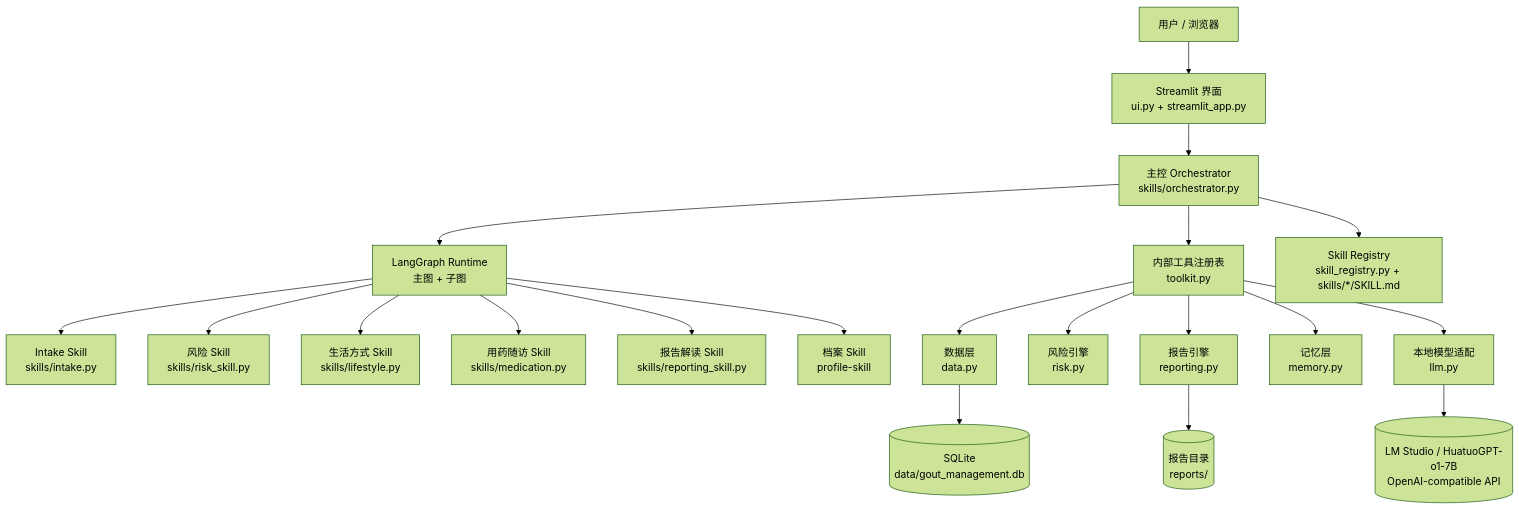
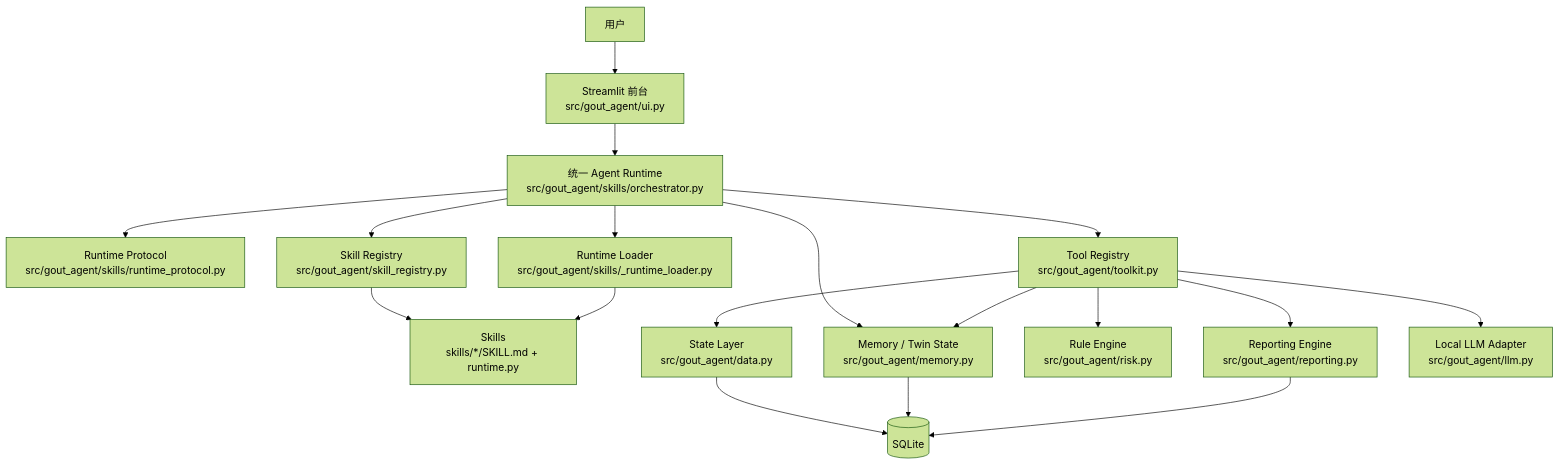
Before and after one commit to DameBr1An/gout-care-agent: the diagram in ARCHITECTURE.md, drawn with Mermaid (forest theme). The commit also changed other lines of this file and 19 other files, not shown here.

Commit message:
Refine harness runtime and architecture docs

````diff
--- a/ARCHITECTURE.md
+++ b/ARCHITECTURE.md
@@ -15,51 +25,43 @@
 ```mermaid
 flowchart TB
-    U[用户 / 浏览器]
-    S[Streamlit 界面\nui.py + streamlit_app.py]
+    U[用户]
+    UI[Streamlit 前台\nsrc/gout_agent/ui.py]
 
-    O[主控 Orchestrator\nskills/orchestrator.py]
-    LG[LangGraph Runtime\n主图 + 子图]
+    RT[统一 Agent Runtime\nsrc/gout_agent/skills/orchestrator.py]
+    PROTO[Runtime Protocol\nsrc/gout_agent/skills/runtime_protocol.py]
+    LOADER[Runtime Loader\nsrc/gout_agent/skills/_runtime_loader.py]
 
-    I[Intake Skill\nskills/intake.py]
-    R[风险 Skill\nskills/risk_skill.py]
-    L[生活方式 Skill\nskills/lifestyle.py]
-    M[用药随访 Skill\nskills/medication.py]
-    P[报告解读 Skill\nskills/reporting_skill.py]
-    PF[档案 Skill\nprofile-skill]
+    SKILL[Skills\nskills/*/SKILL.md + runtime.py]
+    REG[Skill Registry\nsrc/gout_agent/skill_registry.py]
+    TOOL[Tool Registry\nsrc/gout_agent/toolkit.py]
 
-    T[内部工具注册表\ntoolkit.py]
-    SR[Skill Registry\nskill_registry.py + skills/*/SKILL.md]
+    STATE[State Layer\nsrc/gout_agent/data.py]
+    MEM[Memory / Twin State\nsrc/gout_agent/memory.py]
+    RISK[Rule Engine\nsrc/gout_agent/risk.py]
+    REPORT[Reporting Engine\nsrc/gout_agent/reporting.py]
+    LLM[Local LLM Adapter\nsrc/gout_agent/llm.py]
 
-    D[数据层\ndata.py]
-    RK[风险引擎\nrisk.py]
-    RP[报告引擎\nreporting.py]
-    MEM[记忆层\nmemory.py]
-    LM[本地模型适配\nllm.py]
+    DB[(SQLite)]
 
-    DB[(SQLite\ndata/gout_management.db)]
-    FS[(报告目录\nreports/)]
-    LLM[(LM Studio / HuatuoGPT-o1-7B\nOpenAI-compatible API)]
+    U --> UI
+    UI --> RT
 
-    U --> S
-    S --> O
-    O --> LG
-    O --> SR
-    O --> T
+    RT --> PROTO
+    RT --> LOADER
+    RT --> REG
+    RT --> TOOL
+    RT --> MEM
 
-    LG --> I
-    LG --> R
-    LG --> L
-    LG --> M
-    LG --> P
-    LG --> PF
+    REG --> SKILL
+    LOADER --> SKILL
 
-    T --> D
-    T --> RK
-    T --> RP
-    T --> MEM
-    T --> LM
+    TOOL --> STATE
+    TOOL --> RISK
+    TOOL --> REPORT
+    TOOL --> MEM
+    TOOL --> LLM
 
-    D --> DB
-    RP --> FS
-    LM --> LLM
+    STATE --> DB
+    MEM --> DB
+    REPORT --> DB
 ```
````
